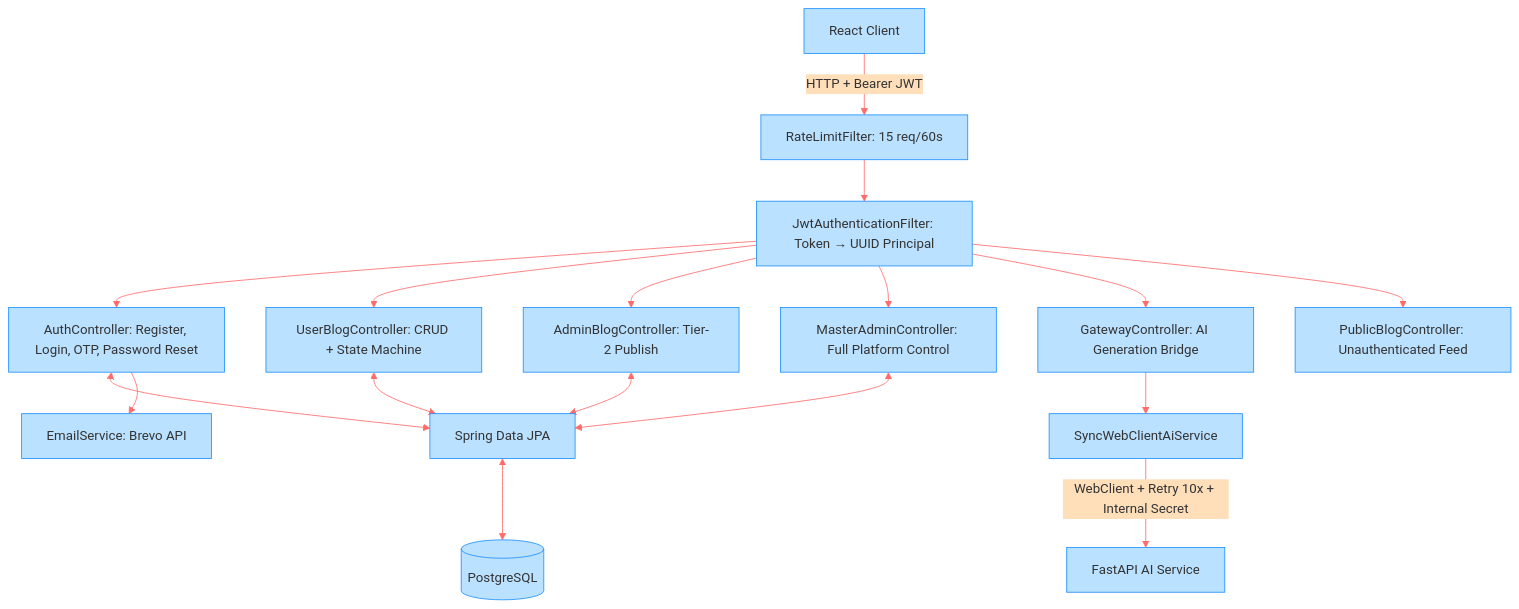
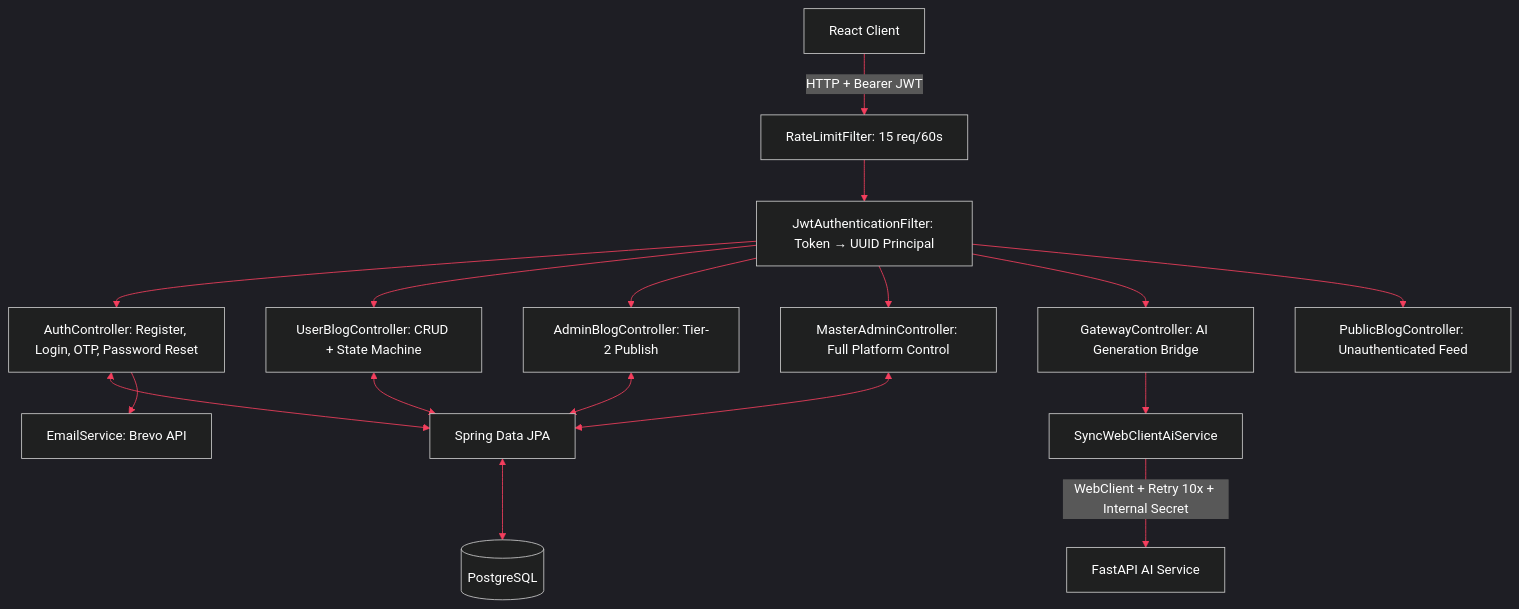
Before and after one commit to amanshukla2004/Agentic_blog_generation_Saas: the diagram in gateway-service/README.md, drawn with Mermaid. The commit also changed 4 other files, not shown here.

Commit message:
docs: add comprehensive project documentation and architectural diagrams for the AI, frontend, and gateway services.

````diff
--- a/gateway-service/README.md
+++ b/gateway-service/README.md
@@ -11,21 +11,21 @@
 ```mermaid
-%%{init: {'theme': 'base', 'themeVariables': { 'primaryColor': '#ffb3ba', 'secondaryColor': '#ffdfba', 'tertiaryColor': '#ffffba', 'mainBkg': '#bae1ff', 'nodeBorder': '#1e90ff', 'clusterBkg': '#f3e5f5', 'clusterBorder': '#8e24aa', 'lineColor': '#ff6b6b'}}}%%
+%%{init: {'theme': 'dark', 'themeVariables': { 'primaryColor': '#1d4ed8', 'primaryTextColor': '#ffffff', 'primaryBorderColor': '#3b82f6', 'lineColor': '#f43f5e', 'secondaryColor': '#047857', 'tertiaryColor': '#7e22ce', 'noteBkgColor': '#eab308', 'noteTextColor': '#000000', 'textColor': '#ffffff', 'actorBkg': '#7e22ce', 'actorTextColor': '#ffffff', 'signalTextColor': '#ffffff', 'clusterBkg': '#1e293b', 'clusterBorder': '#f43f5e'}}}%%
 flowchart TD
     Client[React Client] -->|HTTP + Bearer JWT| RateLimit[RateLimitFilter: 15 req/60s]
     RateLimit --> JWTFilter[JwtAuthenticationFilter: Token → UUID Principal]
     
     JWTFilter --> Auth[AuthController: Register, Login, OTP, Password Reset]
     JWTFilter --> Blog[UserBlogController: CRUD + State Machine]
     JWTFilter --> Admin[AdminBlogController: Tier-2 Publish]
     JWTFilter --> Master[MasterAdminController: Full Platform Control]
     JWTFilter --> Gateway[GatewayController: AI Generation Bridge]
     JWTFilter --> Public[PublicBlogController: Unauthenticated Feed]
     
     Gateway --> AIBridge[SyncWebClientAiService]
     AIBridge -->|WebClient + Retry 10x + Internal Secret| AI[FastAPI AI Service]
     
     Auth & Blog & Admin & Master <--> JPA[Spring Data JPA]
     JPA <--> DB[(PostgreSQL)]
     
     Auth --> Email[EmailService: Brevo API]
 ```
````
